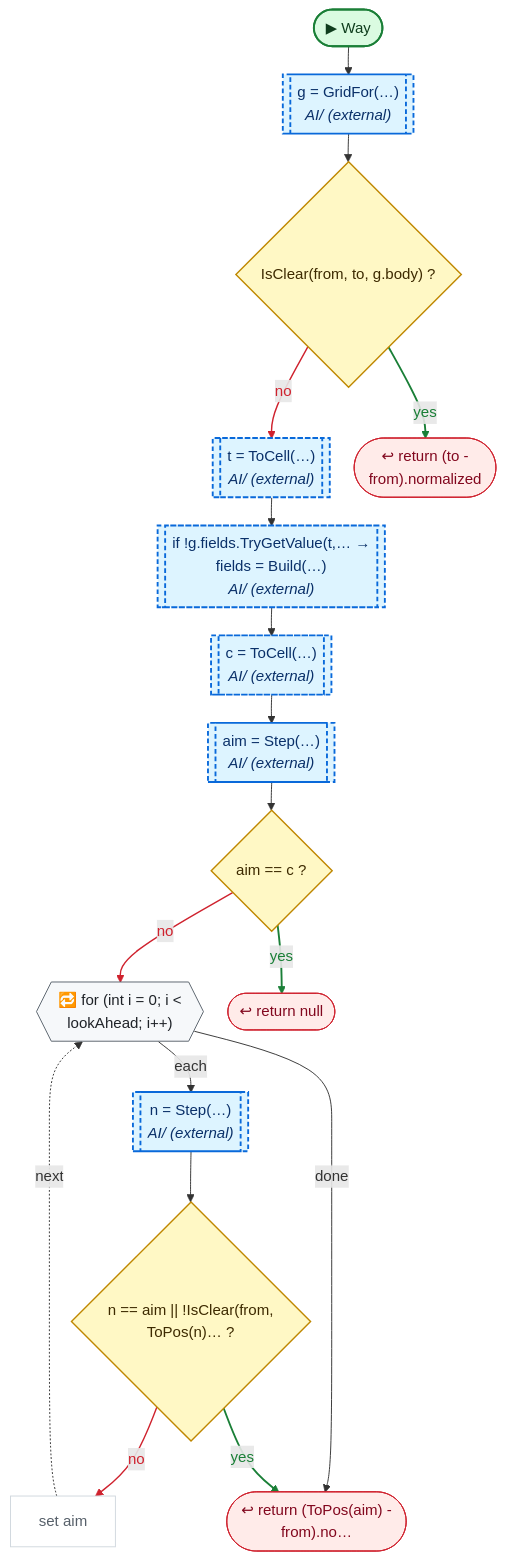
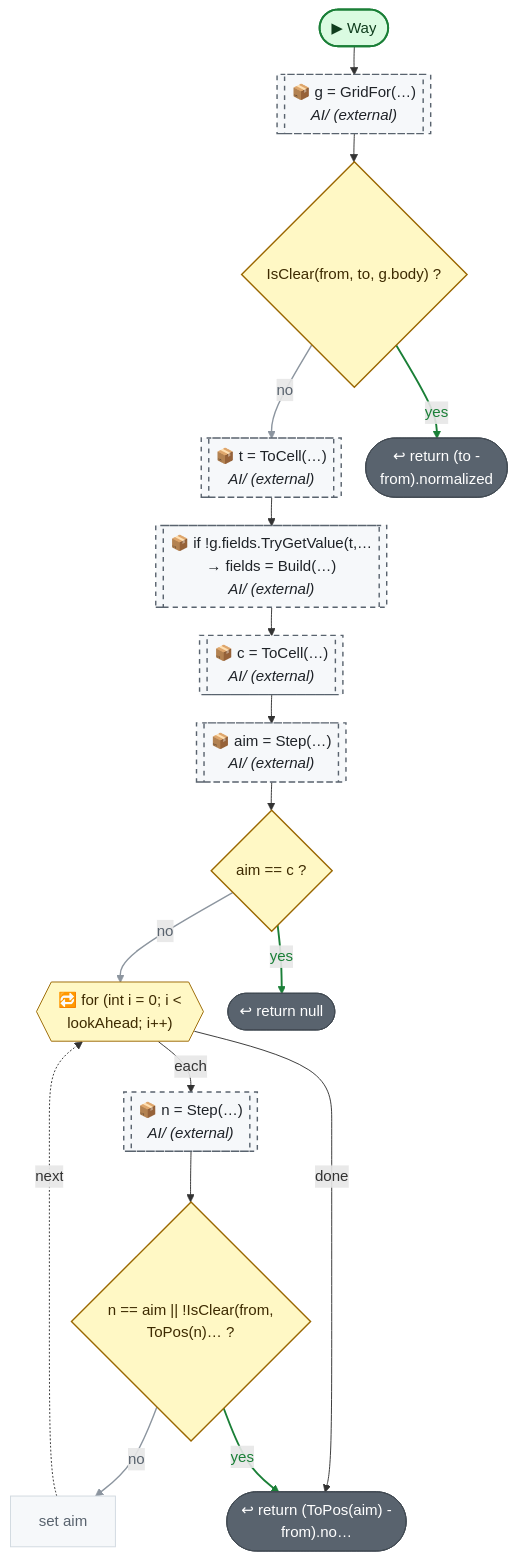
Before and after one commit to nataiai/Lord-of-the-Dungeon: the fifth of 14 diagrams in CodeGraph~/graph/AI/PathFinding.cs.md, drawn with Mermaid. The commit also changed other lines of this file and 57 other files, not shown here.

````diff
--- a/CodeGraph~/graph/AI/PathFinding.cs.md
+++ b/CodeGraph~/graph/AI/PathFinding.cs.md
@@ -261,67 +263,67 @@
 ```mermaid
 ---
 config:
   flowchart:
     wrappingWidth: 260
     nodeSpacing: 26
     rankSpacing: 30
 ---
 flowchart TD
   nS(["▶ Way"])
-  ndbf665[["g = GridFor(…)<br><i>AI/ (external)</i>"]]
+  ndbf665[["📦 g = GridFor(…)<br><i>AI/ (external)</i>"]]
   nf618e9{"IsClear(from, to, g.body) ?"}
-  n178a4f[["t = ToCell(…)<br><i>AI/ (external)</i>"]]
-  n313361[["if !g.fields.TryGetValue(t,… →<br>fields = Build(…)<br><i>AI/ (external)</i>"]]
-  n5c6647[["c = ToCell(…)<br><i>AI/ (external)</i>"]]
-  ndf2bd6[["aim = Step(…)<br><i>AI/ (external)</i>"]]
+  n178a4f[["📦 t = ToCell(…)<br><i>AI/ (external)</i>"]]
+  n313361[["📦 if !g.fields.TryGetValue(t,…<br>→ fields = Build(…)<br><i>AI/ (external)</i>"]]
+  n5c6647[["📦 c = ToCell(…)<br><i>AI/ (external)</i>"]]
+  ndf2bd6[["📦 aim = Step(…)<br><i>AI/ (external)</i>"]]
   nfdcb74{"aim == c ?"}
   n49863c{{"🔁 for (int i = 0; i #60;<br>lookAhead; i++)"}}
-  nac54b8[["n = Step(…)<br><i>AI/ (external)</i>"]]
+  nac54b8[["📦 n = Step(…)<br><i>AI/ (external)</i>"]]
   n9ee7da{"n == aim #124;#124; !IsClear(from,<br>ToPos(n)… ?"}
   n3e1d1f["set aim"]
   na2433f(["↩ return (to -<br>from).normalized"])
   neebe27(["↩ return null"])
   n095176(["↩ return (ToPos(aim) -<br>from).no…"])
   nS --> ndbf665
   ndbf665 --> nf618e9
   nf618e9 -->|no| n178a4f
   nf618e9 -->|yes| na2433f
   n178a4f --> n313361
   n313361 --> n5c6647
   n5c6647 --> ndf2bd6
   ndf2bd6 --> nfdcb74
   nfdcb74 -->|no| n49863c
   nfdcb74 -->|yes| neebe27
   n49863c -->|each| nac54b8
   nac54b8 --> n9ee7da
   n9ee7da -->|no| n3e1d1f
   n3e1d1f -.->|next| n49863c
   n49863c -->|done| n095176
   n9ee7da -->|yes| n095176
-  linkStyle 2 stroke:#cf222e,stroke-width:1.5px,color:#cf222e
+  linkStyle 2 stroke:#8c959f,stroke-width:1.5px,color:#59636e
   linkStyle 3 stroke:#1a7f37,stroke-width:2px,color:#1a7f37
-  linkStyle 8 stroke:#cf222e,stroke-width:1.5px,color:#cf222e
+  linkStyle 8 stroke:#8c959f,stroke-width:1.5px,color:#59636e
   linkStyle 9 stroke:#1a7f37,stroke-width:2px,color:#1a7f37
-  linkStyle 12 stroke:#cf222e,stroke-width:1.5px,color:#cf222e
+  linkStyle 12 stroke:#8c959f,stroke-width:1.5px,color:#59636e
   linkStyle 15 stroke:#1a7f37,stroke-width:2px,color:#1a7f37
   classDef unity fill:#dafbe1,stroke:#1a7f37,stroke-width:2px,color:#0f3d1d
   classDef start fill:#dafbe1,stroke:#1a7f37,stroke-width:2px,color:#0f3d1d
-  classDef calc fill:#ffffff,stroke:#d0d7de,color:#57606a
+  classDef calc fill:#f6f8fa,stroke:#d1d9e0,color:#59636e
   classDef calls fill:#ddf4ff,stroke:#0969da,stroke-width:2px,color:#0a3069
-  classDef ext fill:#ddf4ff,stroke:#0969da,stroke-width:2px,stroke-dasharray:5 3,color:#0a3069
-  classDef cond fill:#fff8c5,stroke:#bf8700,stroke-width:1.5px,color:#3d2a00
-  classDef loop fill:#f6f8fa,stroke:#57606a,color:#1f2328
-  classDef exit fill:#ffebe9,stroke:#cf222e,color:#82071e
+  classDef ext fill:#f6f8fa,stroke:#59636e,stroke-width:1.5px,stroke-dasharray:5 5,color:#1f2328
+  classDef cond fill:#fff8c5,stroke:#9a6700,stroke-width:1.5px,color:#3d2a00
+  classDef loop fill:#fff8c5,stroke:#9a6700,color:#3d2a00
+  classDef wait fill:#fff8c5,stroke:#9a6700,color:#3d2a00
+  classDef exit fill:#59636e,stroke:#424a53,color:#ffffff
+  classDef fin fill:#59636e,stroke:#424a53,color:#ffffff
+  classDef act fill:#ffffff,stroke:#59636e,stroke-width:1.5px,color:#1f2328
   classDef kill fill:#ffebe9,stroke:#cf222e,stroke-width:2px,color:#82071e
-  classDef spawn fill:#dafbe1,stroke:#1a7f37,stroke-width:2px,color:#0f3d1d
-  classDef wait fill:#fff1e5,stroke:#bc4c00,color:#4d1d00
-  classDef fin fill:#eaeef2,stroke:#8c959f,color:#57606a
   classDef join fill:#d0d7de,stroke:#8c959f,color:#57606a
   classDef ghdr fill:#f5f9ff,stroke:#f5f9ff,color:#0a3069,font-weight:bold
   class n3e1d1f calc
   class nf618e9,nfdcb74,n9ee7da cond
   class na2433f,neebe27,n095176 exit
   class ndbf665,n178a4f,n313361,n5c6647,ndf2bd6,nac54b8 ext
   class n49863c loop
   class nS start
 ```
````
